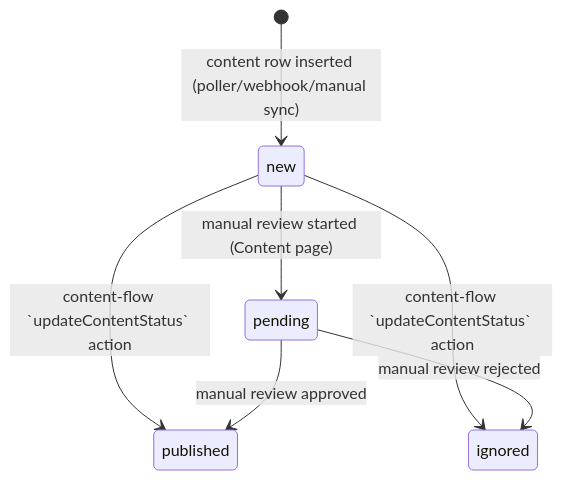
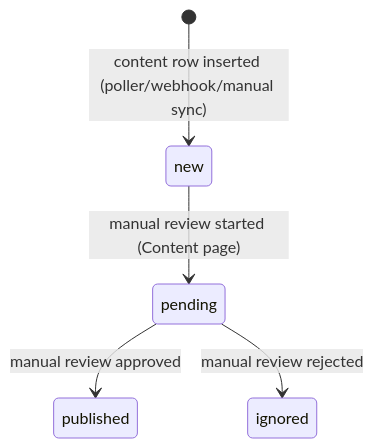
The diagram in link/src/services/status.md (zcqqq/uniscrm-web), drawn with Mermaid before and after one commit. The commit also changed other lines of this file and 3 other files, not shown here.

First line of the commit message:
fix: remove stale updateContentStatus diagram edges, add dedup guard

````diff
--- a/link/src/services/status.md
+++ b/link/src/services/status.md
@@ -3,9 +3,7 @@
 ```mermaid
 stateDiagram-v2
   [*] --> new: content row inserted (poller/webhook/manual sync)
   new --> pending: manual review started (Content page)
-  new --> published: content-flow `updateContentStatus` action
-  new --> ignored: content-flow `updateContentStatus` action
   pending --> published: manual review approved
   pending --> ignored: manual review rejected
 ```
````
